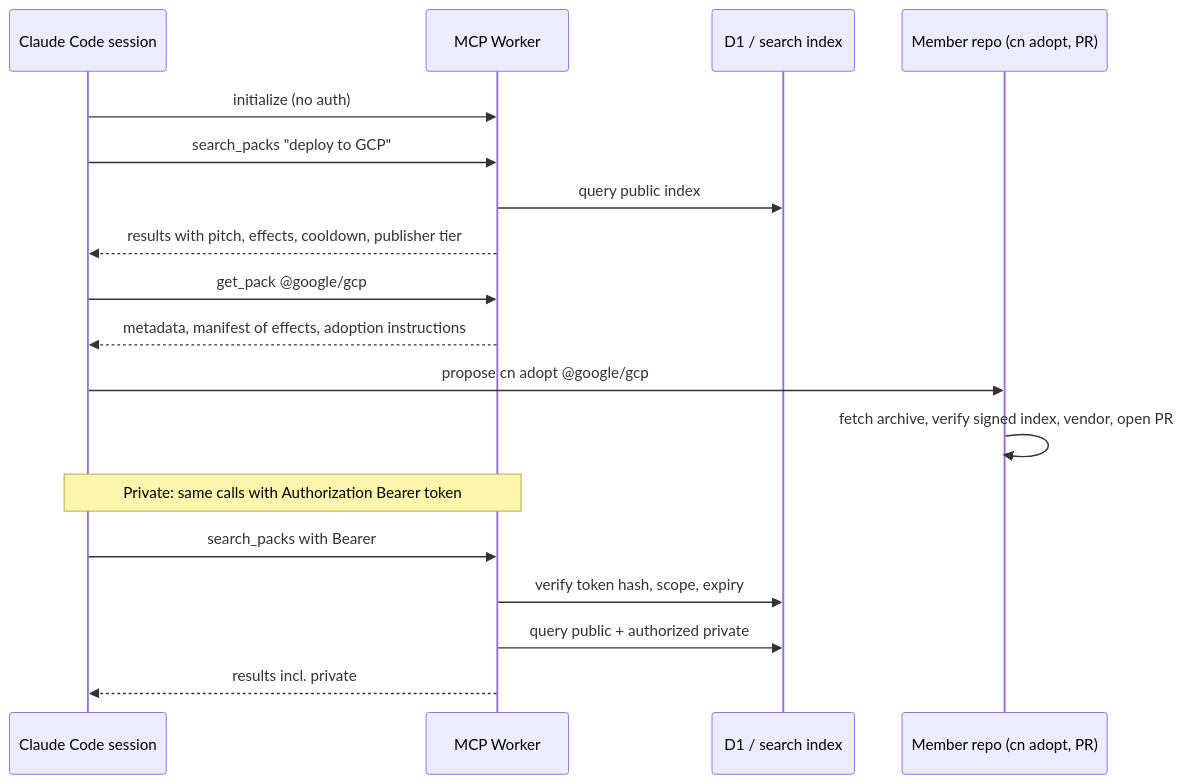
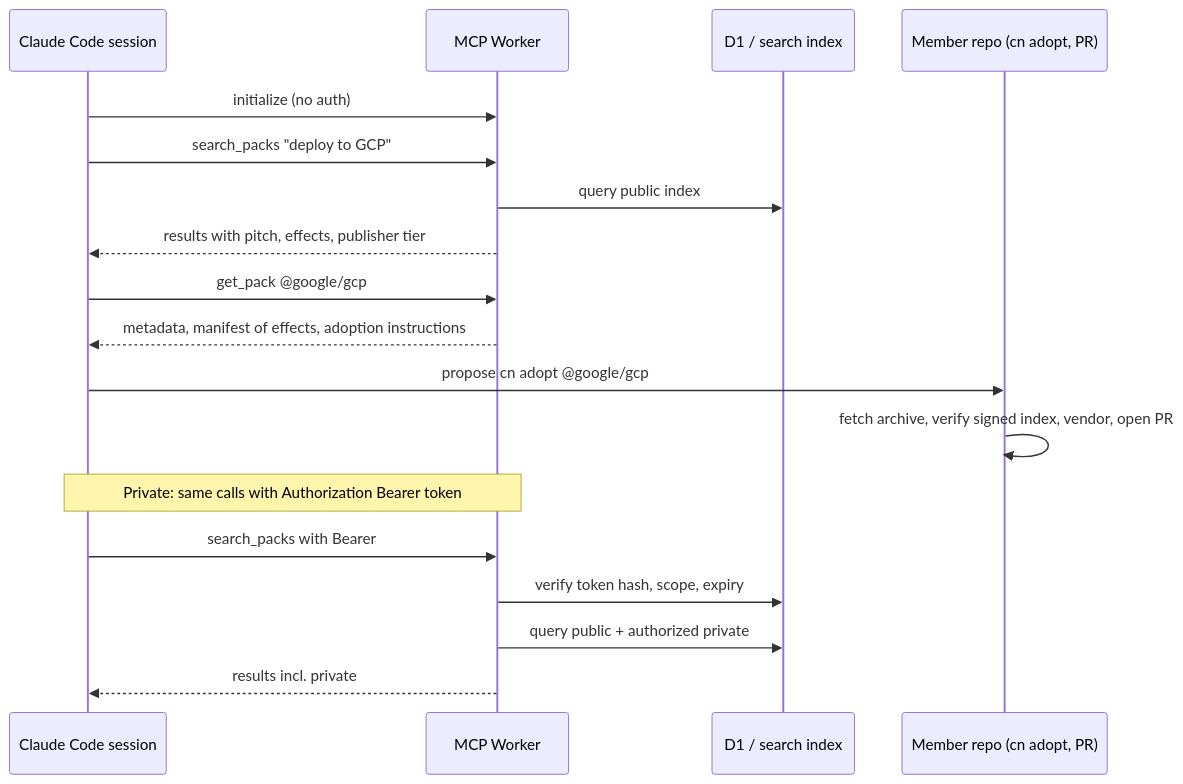
Diagram 11 of 13 in docs/ui/flows.md (Claudinite/PackServer), drawn with Mermaid before and after one commit. The commit also changed other lines of this file and 6 other files, not shown here.

````diff
--- a/docs/ui/flows.md
+++ b/docs/ui/flows.md
@@ -480,20 +479,20 @@
 ```mermaid
 sequenceDiagram
   participant Ag as Claude Code session
   participant M as MCP Worker
   participant D as D1 / search index
   participant Repo as Member repo (cn adopt, PR)
   Ag->>M: initialize (no auth)
   Ag->>M: search_packs "deploy to GCP"
   M->>D: query public index
-  M-->>Ag: results with pitch, effects, cooldown, publisher tier
+  M-->>Ag: results with pitch, effects, publisher tier
   Ag->>M: get_pack @google/gcp
   M-->>Ag: metadata, manifest of effects, adoption instructions
   Ag->>Repo: propose cn adopt @google/gcp
   Repo->>Repo: fetch archive, verify signed index, vendor, open PR
   Note over Ag,M: Private: same calls with Authorization Bearer token
   Ag->>M: search_packs with Bearer
   M->>D: verify token hash, scope, expiry
   M->>D: query public + authorized private
   M-->>Ag: results incl. private
 ```
````
